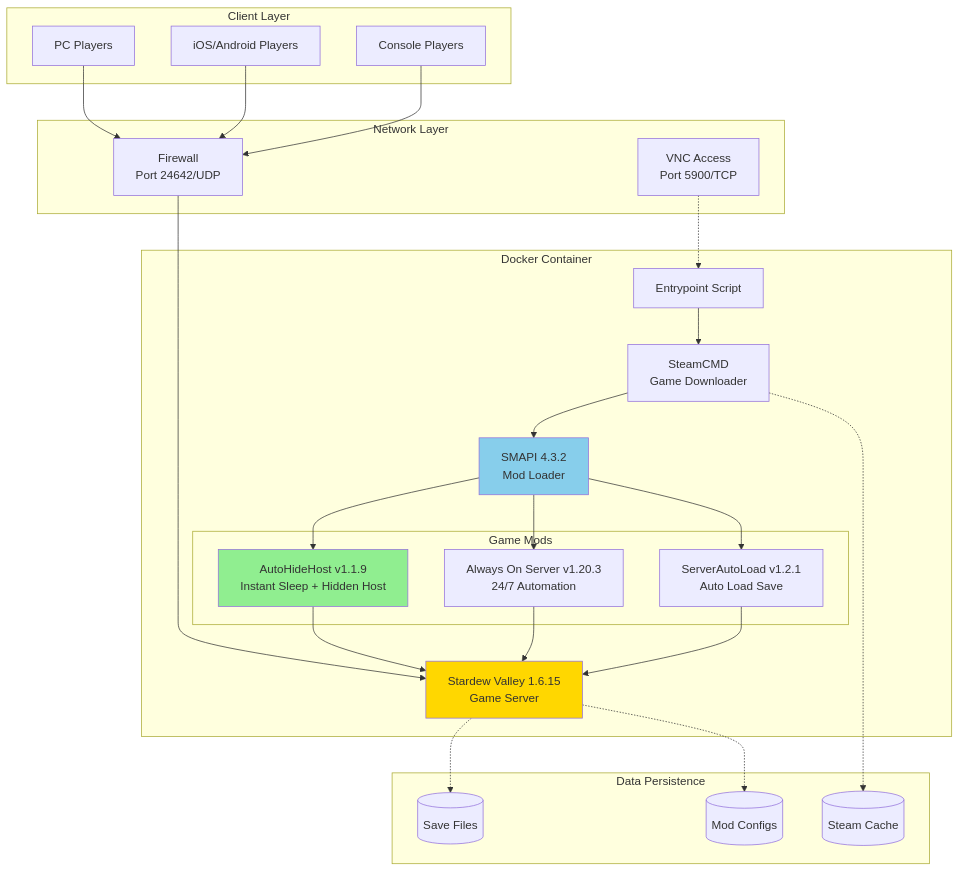
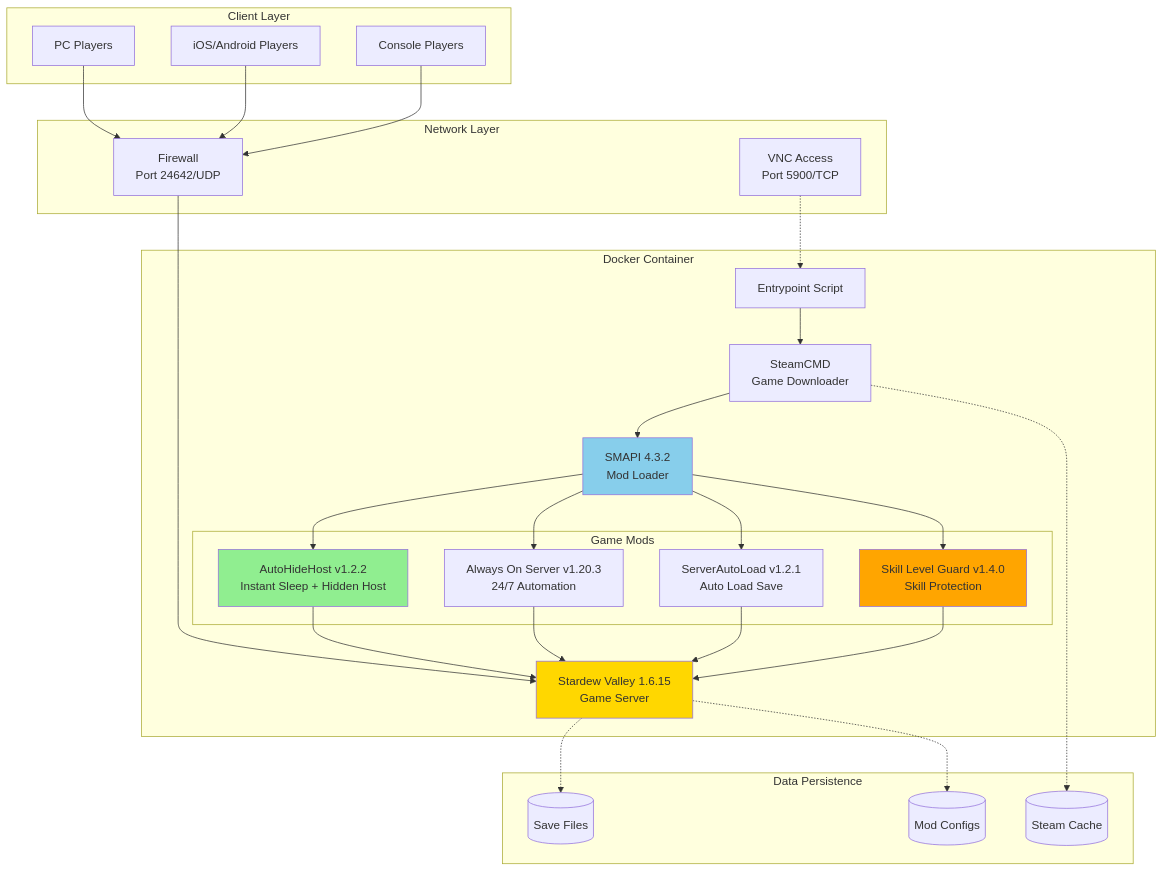
The diagram in README.md (devilkun/puppy-stardew-server), drawn with Mermaid before and after one commit. The commit also changed other lines of this file and 1 other file, not shown here.

````diff
--- a/README.md
+++ b/README.md
@@ -36,56 +32,60 @@
 ```mermaid
 graph TB
     subgraph "Client Layer"
         PC[PC Players]
         Mobile[iOS/Android Players]
         Console[Console Players]
     end
 
     subgraph "Network Layer"
         FW[Firewall<br/>Port 24642/UDP]
         VNC[VNC Access<br/>Port 5900/TCP]
     end
 
     subgraph "Docker Container"
         Entry[Entrypoint Script]
         Steam[SteamCMD<br/>Game Downloader]
         SMAPI[SMAPI 4.3.2<br/>Mod Loader]
 
         subgraph "Game Mods"
-            AHH[AutoHideHost v1.1.9<br/>Instant Sleep + Hidden Host]
+            AHH[AutoHideHost v1.2.2<br/>Instant Sleep + Hidden Host]
             AOS[Always On Server v1.20.3<br/>24/7 Automation]
             SAL[ServerAutoLoad v1.2.1<br/>Auto Load Save]
+            SLG[Skill Level Guard v1.4.0<br/>Skill Protection]
         end
 
         Game[Stardew Valley 1.6.15<br/>Game Server]
     end
 
     subgraph "Data Persistence"
         Saves[(Save Files)]
         Config[(Mod Configs)]
         SteamData[(Steam Cache)]
     end
 
     PC --> FW
     Mobile --> FW
     Console --> FW
     FW --> Game
 
     VNC -.-> Entry
     Entry --> Steam
     Steam --> SMAPI
     SMAPI --> AHH
     SMAPI --> AOS
     SMAPI --> SAL
+    SMAPI --> SLG
     AHH --> Game
     AOS --> Game
     SAL --> Game
+    SLG --> Game
 
     Game -.-> Saves
     Game -.-> Config
     Steam -.-> SteamData
 
     style AHH fill:#90EE90
     style Game fill:#FFD700
     style SMAPI fill:#87CEEB
+    style SLG fill:#FFA500
 ```
````
